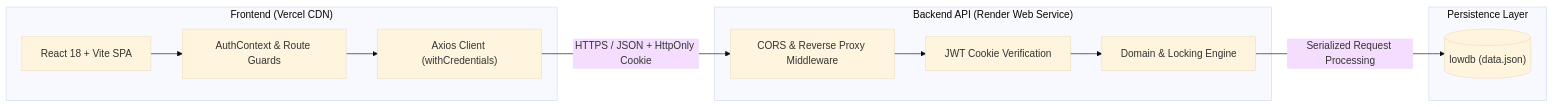
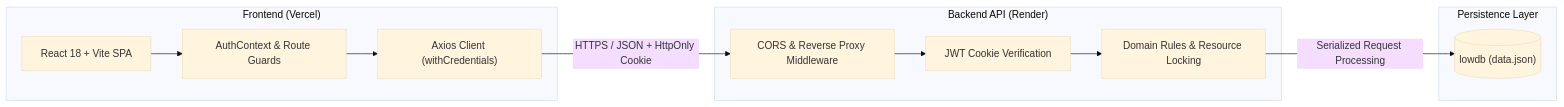
Before and after one commit to nestorNiloy/bookloop-lite: the first of 2 diagrams in README.md, drawn with Mermaid (base theme). The commit also changed other lines of this file, not shown here.

````diff
--- a/README.md
+++ b/README.md
@@ -15,23 +20,23 @@
 ```mermaid
 flowchart LR
-    subgraph Client ["Frontend (Vercel CDN)"]
+    subgraph Client ["Frontend (Vercel)"]
         UI["React 18 + Vite SPA"]
         AuthCtx["AuthContext & Route Guards"]
         Axios["Axios Client (withCredentials)"]
         UI --> AuthCtx --> Axios
     end
 
-    subgraph Server ["Backend API (Render Web Service)"]
+    subgraph Server ["Backend API (Render)"]
         CORS["CORS & Reverse Proxy Middleware"]
         JWT["JWT Cookie Verification"]
-        Domain["Domain & Locking Engine"]
+        Domain["Domain Rules & Resource Locking"]
         CORS --> JWT --> Domain
     end
 
     subgraph Storage ["Persistence Layer"]
         LowDB[("lowdb (data.json)")]
     end
 
     Axios -- "HTTPS / JSON + HttpOnly Cookie" --> CORS
     Domain -- "Serialized Request Processing" --> LowDB
 ```
````
